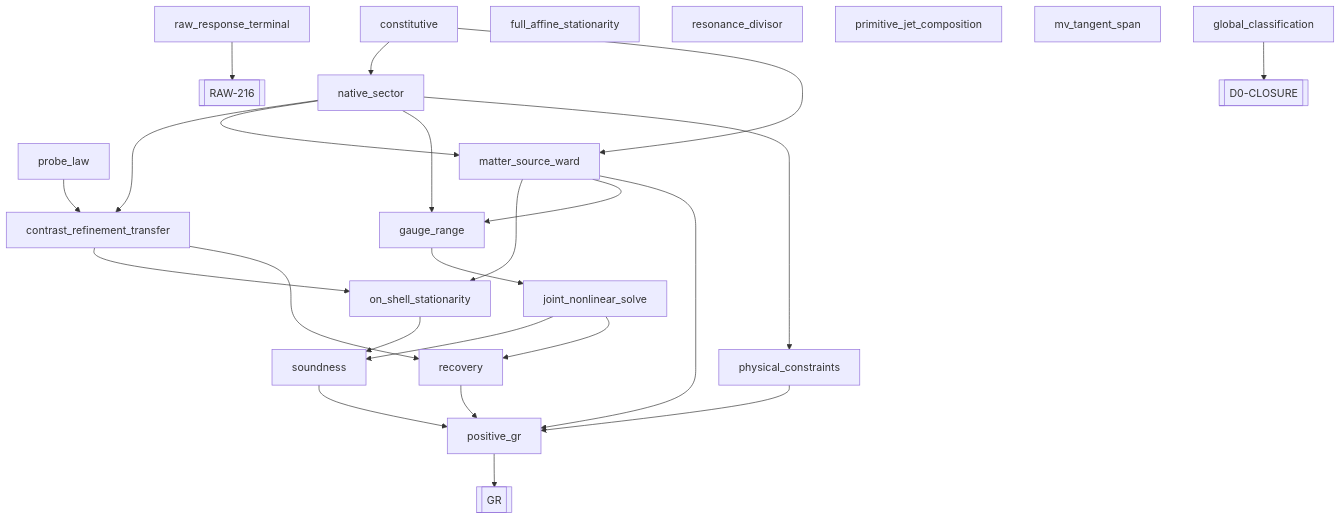
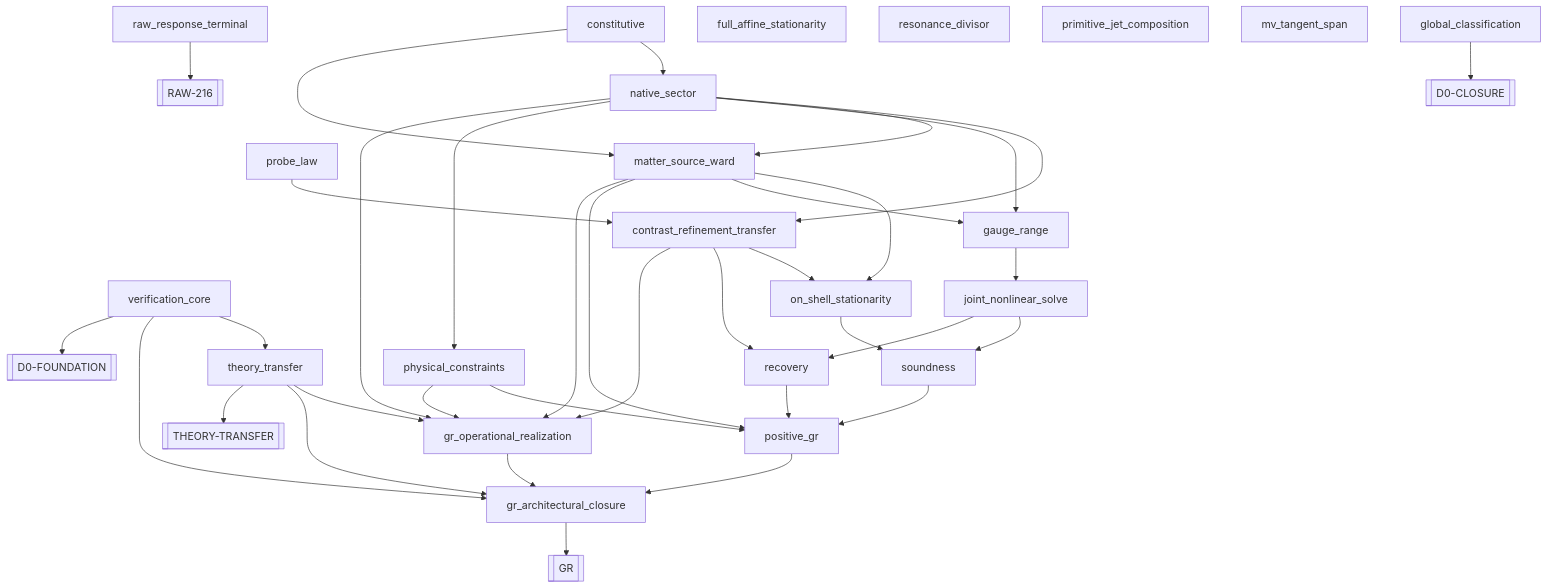
One commit to gvakhrushev/d0_15 changed the diagram in 02_REGISTRY/gr_assembly/VIEW.md. Above: the diagram before and after it, drawn with Mermaid. The commit also changed other lines of this file and 8 other files, not shown here.

Commit message:
Build D0 proof architecture from verification to GR

````diff
--- a/02_REGISTRY/gr_assembly/VIEW.md
+++ b/02_REGISTRY/gr_assembly/VIEW.md
@@ -41,46 +47,64 @@
 ```mermaid
 flowchart TD
-    o0["constitutive"]
-    o1["native_sector"]
-    o2["probe_law"]
-    o3["contrast_refinement_transfer"]
-    o4["matter_source_ward"]
-    o5["on_shell_stationarity"]
-    o6["gauge_range"]
-    o7["joint_nonlinear_solve"]
-    o8["soundness"]
-    o9["recovery"]
-    o10["physical_constraints"]
-    o11["positive_gr"]
-    o12["raw_response_terminal"]
-    o13["full_affine_stationarity"]
-    o14["resonance_divisor"]
-    o15["primitive_jet_composition"]
-    o16["mv_tangent_span"]
-    o17["global_classification"]
+    o0["verification_core"]
+    o1["theory_transfer"]
+    o2["constitutive"]
+    o3["native_sector"]
+    o4["probe_law"]
+    o5["contrast_refinement_transfer"]
+    o6["matter_source_ward"]
+    o7["on_shell_stationarity"]
+    o8["gauge_range"]
+    o9["joint_nonlinear_solve"]
+    o10["soundness"]
+    o11["recovery"]
+    o12["physical_constraints"]
+    o13["positive_gr"]
+    o14["gr_operational_realization"]
+    o15["gr_architectural_closure"]
+    o16["raw_response_terminal"]
+    o17["full_affine_stationarity"]
+    o18["resonance_divisor"]
+    o19["primitive_jet_composition"]
+    o20["mv_tangent_span"]
+    o21["global_classification"]
     o0 --> o1
-    o1 --> o3
     o2 --> o3
-    o1 --> o4
-    o0 --> o4
     o3 --> o5
     o4 --> o5
-    o1 --> o6
-    o4 --> o6
+    o3 --> o6
+    o2 --> o6
+    o5 --> o7
     o6 --> o7
-    o7 --> o8
-    o5 --> o8
-    o7 --> o9
-    o3 --> o9
-    o1 --> o10
-    o8 --> o11
+    o3 --> o8
+    o6 --> o8
+    o8 --> o9
+    o9 --> o10
+    o7 --> o10
     o9 --> o11
-    o4 --> o11
-    o10 --> o11
-    g0[["GR"]]
-    o11 --> g0
-    g1[["RAW-216"]]
-    o12 --> g1
-    g2[["D0-CLOSURE"]]
-    o17 --> g2
+    o5 --> o11
+    o3 --> o12
+    o10 --> o13
+    o11 --> o13
+    o6 --> o13
+    o12 --> o13
+    o1 --> o14
+    o3 --> o14
+    o12 --> o14
+    o6 --> o14
+    o5 --> o14
+    o0 --> o15
+    o1 --> o15
+    o14 --> o15
+    o13 --> o15
+    g0[["D0-FOUNDATION"]]
+    o0 --> g0
+    g1[["THEORY-TRANSFER"]]
+    o1 --> g1
+    g2[["GR"]]
+    o15 --> g2
+    g3[["RAW-216"]]
+    o16 --> g3
+    g4[["D0-CLOSURE"]]
+    o21 --> g4
 ```
````
